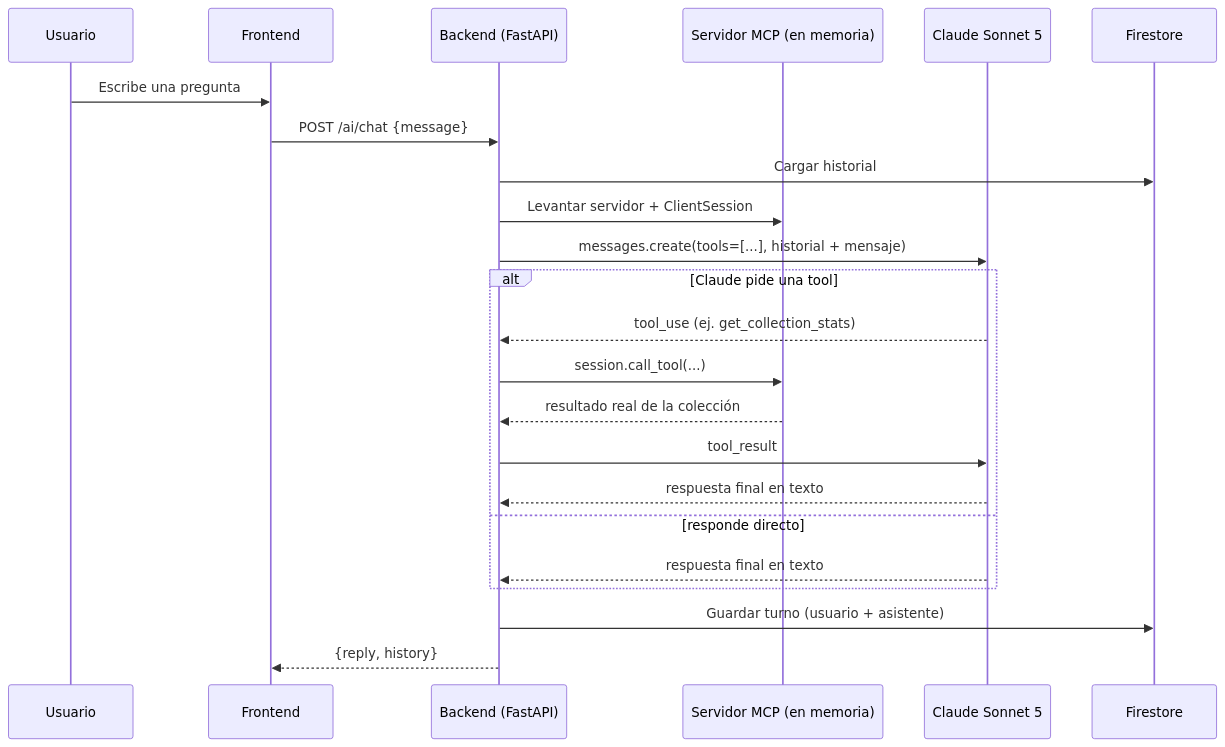
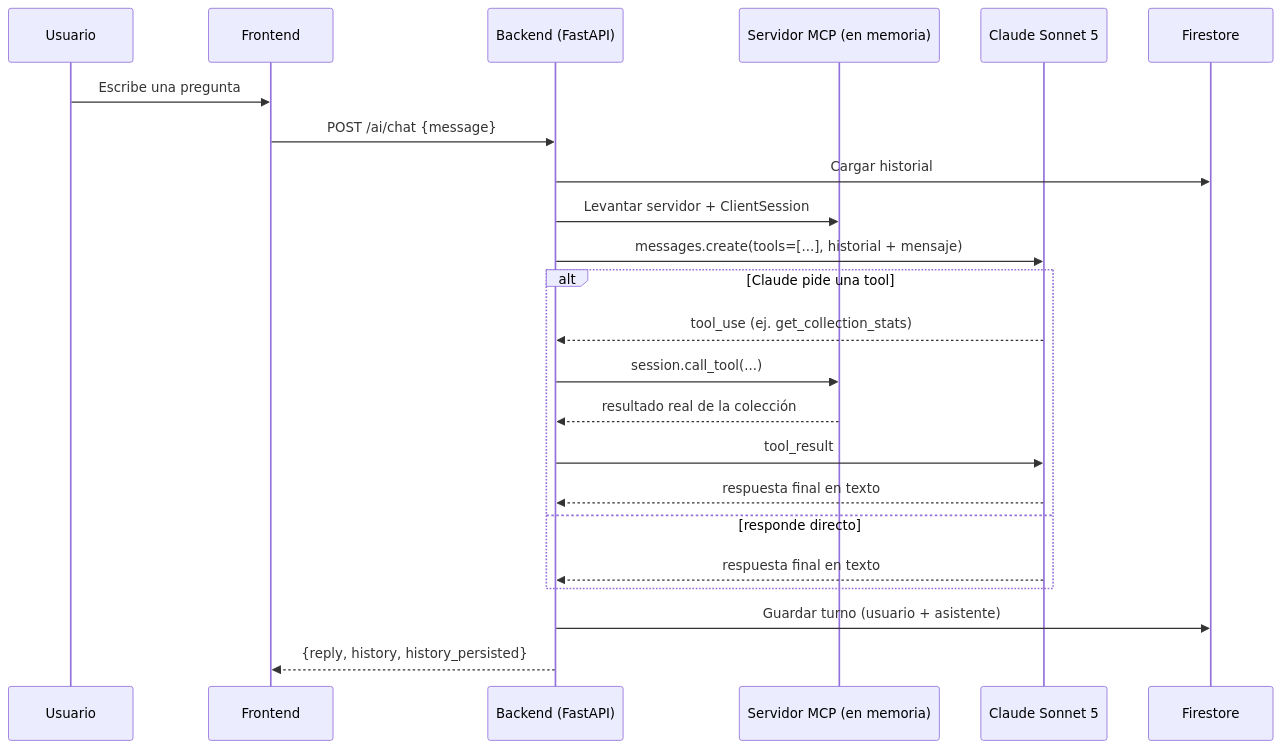
Before and after one commit to Adr1an-Garc1a/pokedex-manager: the diagram in docs/BONUS_FEATURES.md, drawn with Mermaid. The commit also changed other lines of this file and 17 other files, not shown here.

````diff
--- a/docs/BONUS_FEATURES.md
+++ b/docs/BONUS_FEATURES.md
@@ -84,26 +107,26 @@
 ```mermaid
 sequenceDiagram
     participant U as Usuario
     participant FE as Frontend
     participant BE as Backend (FastAPI)
     participant MCP as Servidor MCP (en memoria)
     participant C as Claude Sonnet 5
     participant FS as Firestore
 
     U->>FE: Escribe una pregunta
     FE->>BE: POST /ai/chat {message}
     BE->>FS: Cargar historial
     BE->>MCP: Levantar servidor + ClientSession
     BE->>C: messages.create(tools=[...], historial + mensaje)
     alt Claude pide una tool
         C-->>BE: tool_use (ej. get_collection_stats)
         BE->>MCP: session.call_tool(...)
         MCP-->>BE: resultado real de la colección
         BE->>C: tool_result
         C-->>BE: respuesta final en texto
     else responde directo
         C-->>BE: respuesta final en texto
     end
     BE->>FS: Guardar turno (usuario + asistente)
-    BE-->>FE: {reply, history}
+    BE-->>FE: {reply, history, history_persisted}
 ```
````
